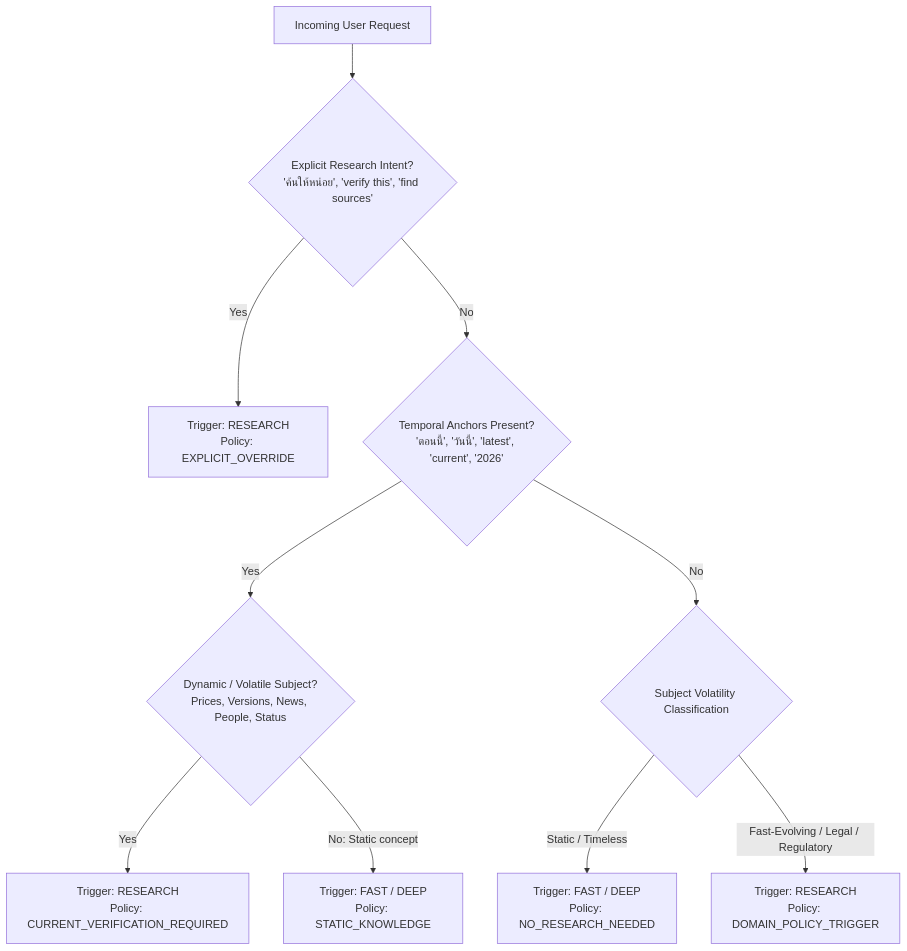
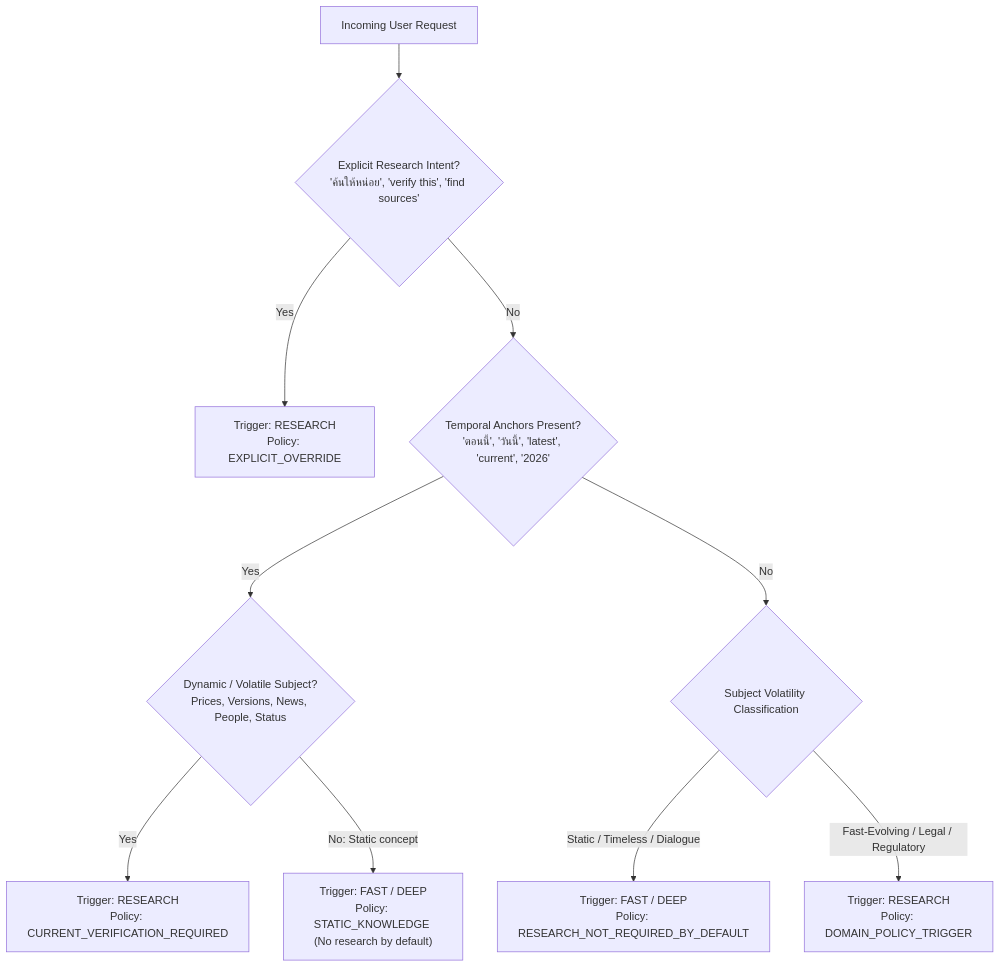
One commit to Jeff7563/MAVE changed the second of 8 diagrams in docs/architecture/MAVE_F1_8_RESEARCH_TRUTH_ARCHITECTURE_AUDIT.md. Above: the diagram before and after it, drawn with Mermaid. The commit also changed other lines of this file, not shown here.

Commit message:
docs(intelligence): harden research truth architecture

````diff
--- a/docs/architecture/MAVE_F1_8_RESEARCH_TRUTH_ARCHITECTURE_AUDIT.md
+++ b/docs/architecture/MAVE_F1_8_RESEARCH_TRUTH_ARCHITECTURE_AUDIT.md
@@ -119,14 +121,14 @@
 ```mermaid
 flowchart TD
     Req["Incoming User Request"] --> IntentCheck{"Explicit Research Intent?<br/>'ค้นให้หน่อย', 'verify this', 'find sources'"}
     IntentCheck -->|Yes| ForceResearch["Trigger: RESEARCH<br/>Policy: EXPLICIT_OVERRIDE"]
 
     IntentCheck -->|No| TempCheck{"Temporal Anchors Present?<br/>'ตอนนี้', 'วันนี้', 'latest', 'current', '2026'"}
     TempCheck -->|Yes| EntityCheck{"Dynamic / Volatile Subject?<br/>Prices, Versions, News, People, Status"}
     EntityCheck -->|Yes| TriggerResearch["Trigger: RESEARCH<br/>Policy: CURRENT_VERIFICATION_REQUIRED"]
-    EntityCheck -->|No: Static concept| FastRoute["Trigger: FAST / DEEP<br/>Policy: STATIC_KNOWLEDGE"]
+    EntityCheck -->|No: Static concept| FastRoute["Trigger: FAST / DEEP<br/>Policy: STATIC_KNOWLEDGE (No research by default)"]
 
     TempCheck -->|No| ClassifySubject{"Subject Volatility Classification"}
-    ClassifySubject -->|Static / Timeless| NoResearch["Trigger: FAST / DEEP<br/>Policy: NO_RESEARCH_NEEDED"]
+    ClassifySubject -->|Static / Timeless / Dialogue| DefaultFast["Trigger: FAST / DEEP<br/>Policy: RESEARCH_NOT_REQUIRED_BY_DEFAULT"]
     ClassifySubject -->|Fast-Evolving / Legal / Regulatory| TriggerResearch2["Trigger: RESEARCH<br/>Policy: DOMAIN_POLICY_TRIGGER"]
 ```
````
